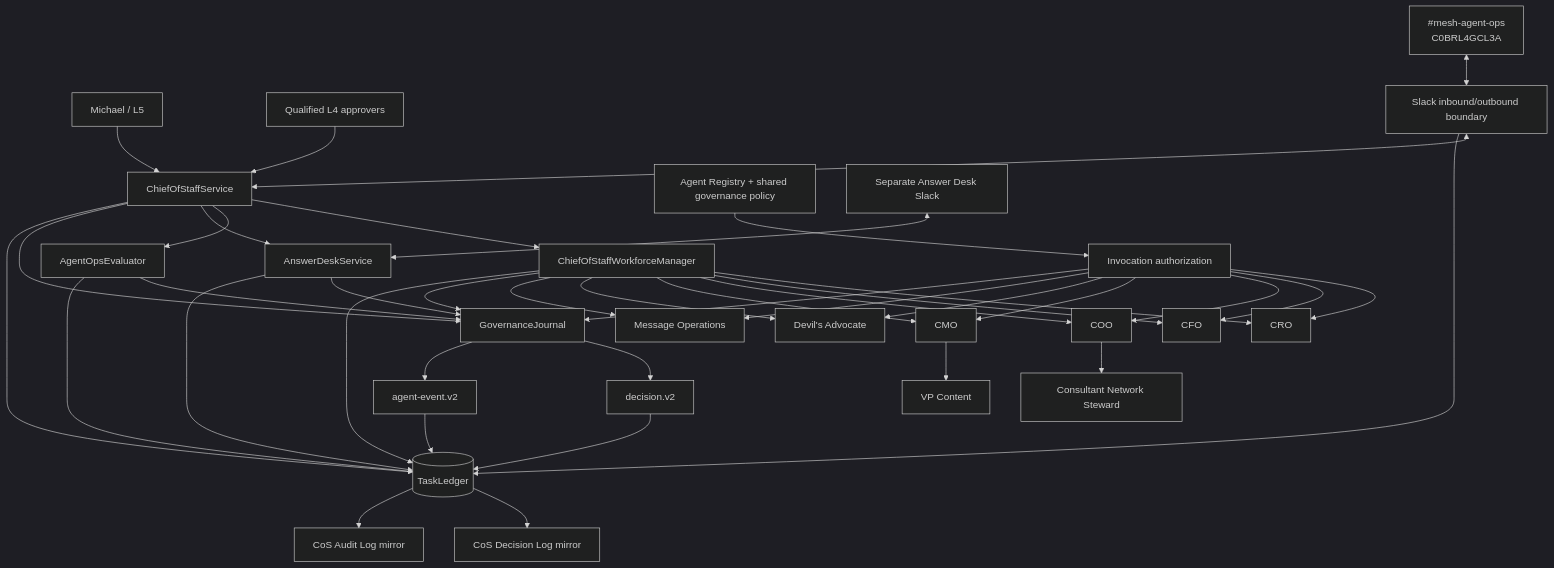
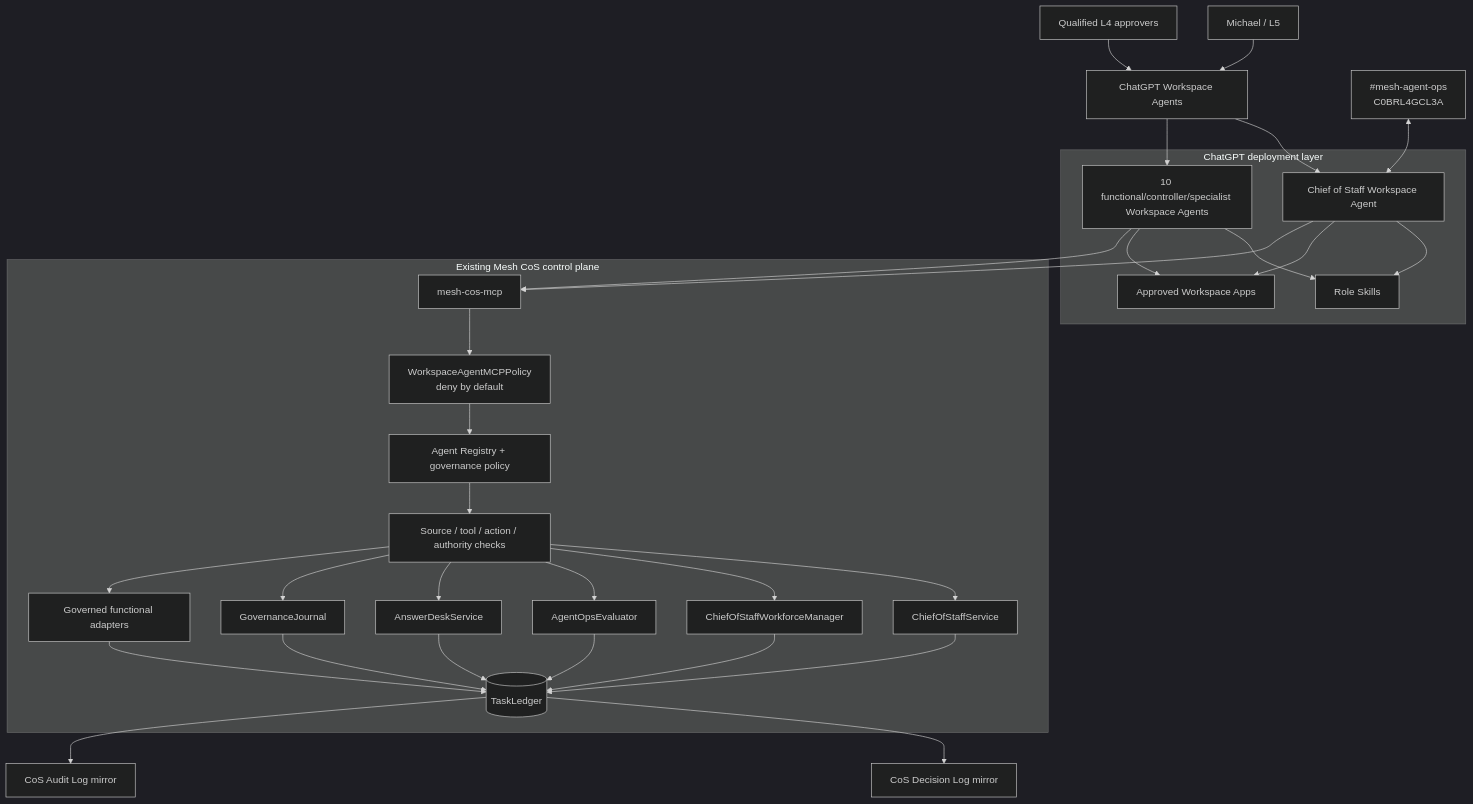
The first of 3 diagrams in docs/architecture.md (mkleinbe/mesh-ai-agent-cos-universe), drawn with Mermaid (dark theme) before and after one commit. The commit also changed other lines of this file, not shown here.

Commit message:
docs: add Workspace Agent and MCP architecture

````diff
--- a/docs/architecture.md
+++ b/docs/architecture.md
@@ -9,46 +9,43 @@
 ```mermaid
 flowchart TB
-    CEO[Michael / L5] --> COS[ChiefOfStaffService]
-    APPROVER[Qualified L4 approvers] --> COS
-    COS --> WM[ChiefOfStaffWorkforceManager]
-    COS --> AO[AgentOpsEvaluator]
-    COS --> AD[AnswerDeskService]
-    WM --> CRO[CRO]
-    WM --> CFO[CFO]
-    WM --> COO[COO]
-    WM --> CMO[CMO]
-    WM --> DA[Devil's Advocate]
-    WM --> MO[Message Operations]
-    COO --> CNS[Consultant Network Steward]
-    CMO --> VPC[VP Content]
+    CEO[Michael / L5] --> WA[ChatGPT Workspace Agents]
+    H[Qualified L4 approvers] --> WA
 
-    REG[Agent Registry + shared governance policy] --> AUTH[Invocation authorization]
-    AUTH --> CRO
-    AUTH --> CFO
-    AUTH --> COO
-    AUTH --> CMO
-    AUTH --> DA
-    AUTH --> MO
+    subgraph CHATGPT[ChatGPT deployment layer]
+      COSWA[Chief of Staff Workspace Agent]
+      FWA[10 functional/controller/specialist Workspace Agents]
+      SK[Role Skills]
+      APPS[Approved Workspace Apps]
+      COSWA --> SK
+      FWA --> SK
+      COSWA --> APPS
+      FWA --> APPS
+    end
 
-    COS --> GOV[GovernanceJournal]
-    WM --> GOV
-    AO --> GOV
-    AD --> GOV
-    AUTH --> GOV
-    GOV --> DEC[decision.v2]
-    GOV --> EVT[agent-event.v2]
-    DEC --> LEDGER[(TaskLedger)]
-    EVT --> LEDGER
-    COS --> LEDGER
-    WM --> LEDGER
-    AO --> LEDGER
-    AD --> LEDGER
+    WA --> COSWA
+    WA --> FWA
+    COSWA --> MCP[mesh-cos-mcp]
+    FWA --> MCP
+
+    subgraph RUNTIME[Existing Mesh CoS control plane]
+      MCP --> MCPPOL[WorkspaceAgentMCPPolicy\ndeny by default]
+      MCPPOL --> REG[Agent Registry + governance policy]
+      REG --> AUTH[Source / tool / action / authority checks]
+      AUTH --> COS[ChiefOfStaffService]
+      AUTH --> WM[ChiefOfStaffWorkforceManager]
+      AUTH --> AO[AgentOpsEvaluator]
+      AUTH --> AD[AnswerDeskService]
+      AUTH --> GOV[GovernanceJournal]
+      AUTH --> FA[Governed functional adapters]
+      COS --> LEDGER[(TaskLedger)]
+      WM --> LEDGER
+      AO --> LEDGER
+      AD --> LEDGER
+      GOV --> LEDGER
+      FA --> LEDGER
+    end
 
     LEDGER --> DLOG[CoS Decision Log mirror]
     LEDGER --> ALOG[CoS Audit Log mirror]
-
-    OPS[#mesh-agent-ops\nC0BRL4GCL3A] <--> SLACK[Slack inbound/outbound boundary]
-    SLACK <--> COS
-    SLACK --> LEDGER
-    ADS[Separate Answer Desk Slack] <--> AD
+    OPS[#mesh-agent-ops\nC0BRL4GCL3A] <--> COSWA
 ```
````
